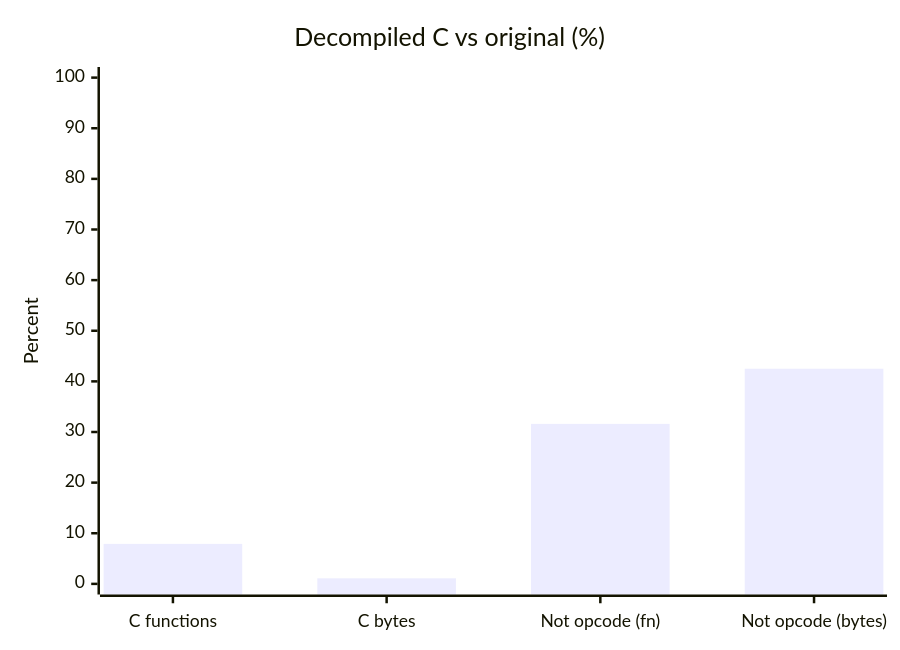
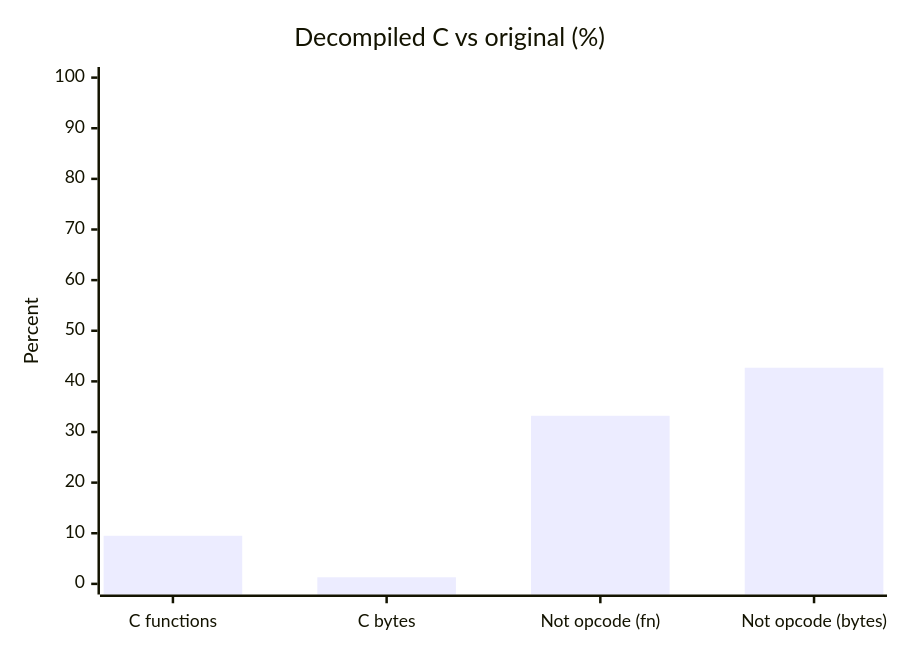
One commit to JesterWizard/beyblade_g_revolution changed the diagram in README.md. Above: the diagram before and after it, drawn with Mermaid. The commit also changed other lines of this file and 18 other files, not shown here.

````diff
--- a/README.md
+++ b/README.md
@@ -19,7 +19,7 @@
 ```mermaid
 xychart-beta
     title "Decompiled C vs original (%)"
     x-axis ["C functions", "C bytes", "Not opcode (fn)", "Not opcode (bytes)"]
     y-axis "Percent" 0 --> 100
-    bar [7.9, 1.1, 31.6, 42.5]
+    bar [9.5, 1.3, 33.2, 42.7]
 ```
````
